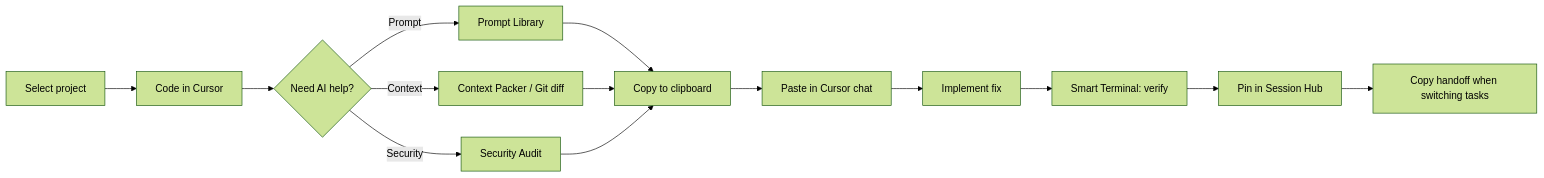
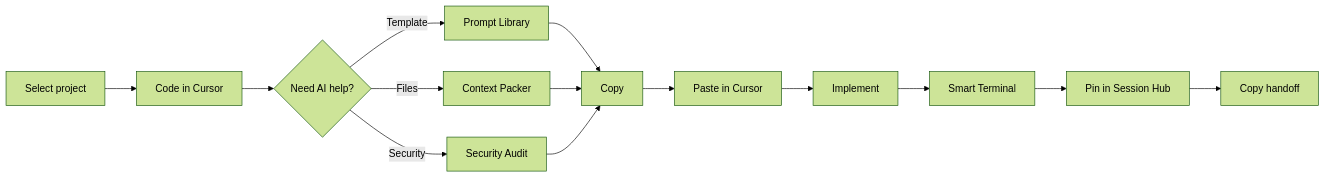
The diagram in docs/guide/first-session.md (Bridgeware-Dynamics-Business/Vibebar), drawn with Mermaid (forest theme) before and after one commit. The commit also changed other lines of this file and 33 other files, not shown here.

````diff
--- a/docs/guide/first-session.md
+++ b/docs/guide/first-session.md
@@ -7,16 +7,16 @@
 ```mermaid
 flowchart LR
   A[Select project] --> B[Code in Cursor]
   B --> C{Need AI help?}
-  C -->|Prompt| D[Prompt Library]
-  C -->|Context| E[Context Packer / Git diff]
+  C -->|Template| D[Prompt Library]
+  C -->|Files| E[Context Packer]
   C -->|Security| F[Security Audit]
-  D --> G[Copy to clipboard]
+  D --> G[Copy]
   E --> G
   F --> G
-  G --> H[Paste in Cursor chat]
-  H --> I[Implement fix]
-  I --> J[Smart Terminal: verify]
+  G --> H[Paste in Cursor]
+  H --> I[Implement]
+  I --> J[Smart Terminal]
   J --> K[Pin in Session Hub]
-  K --> L[Copy handoff when switching tasks]
+  K --> L[Copy handoff]
 ```
````
